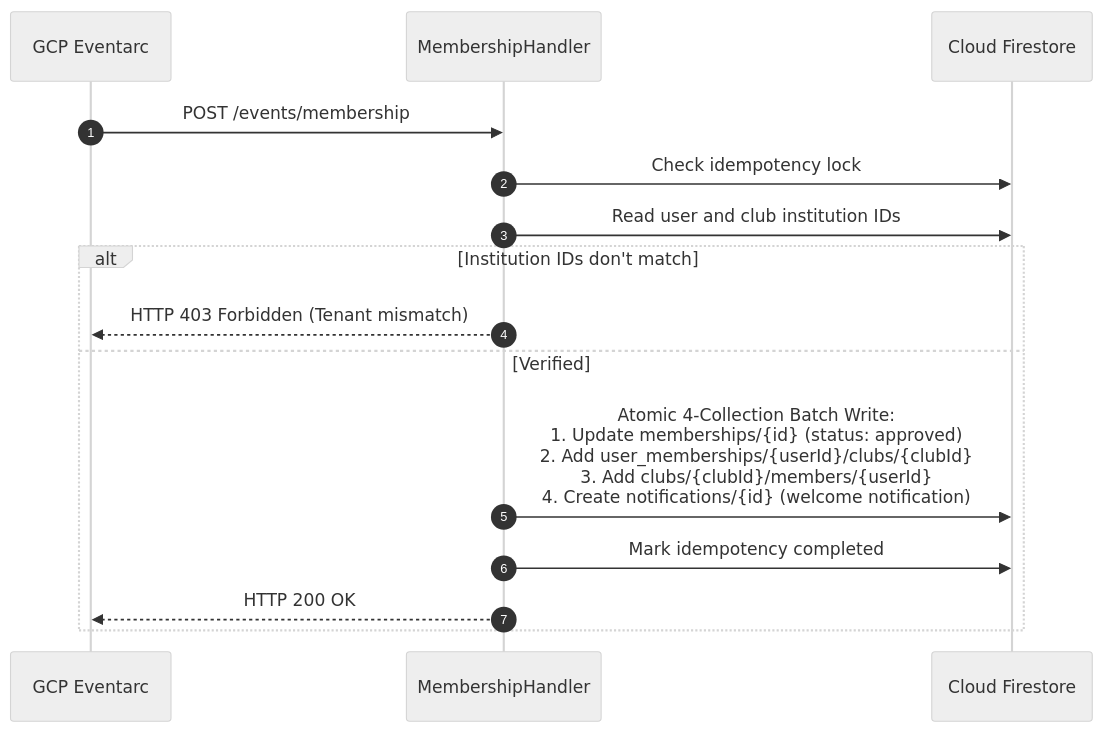
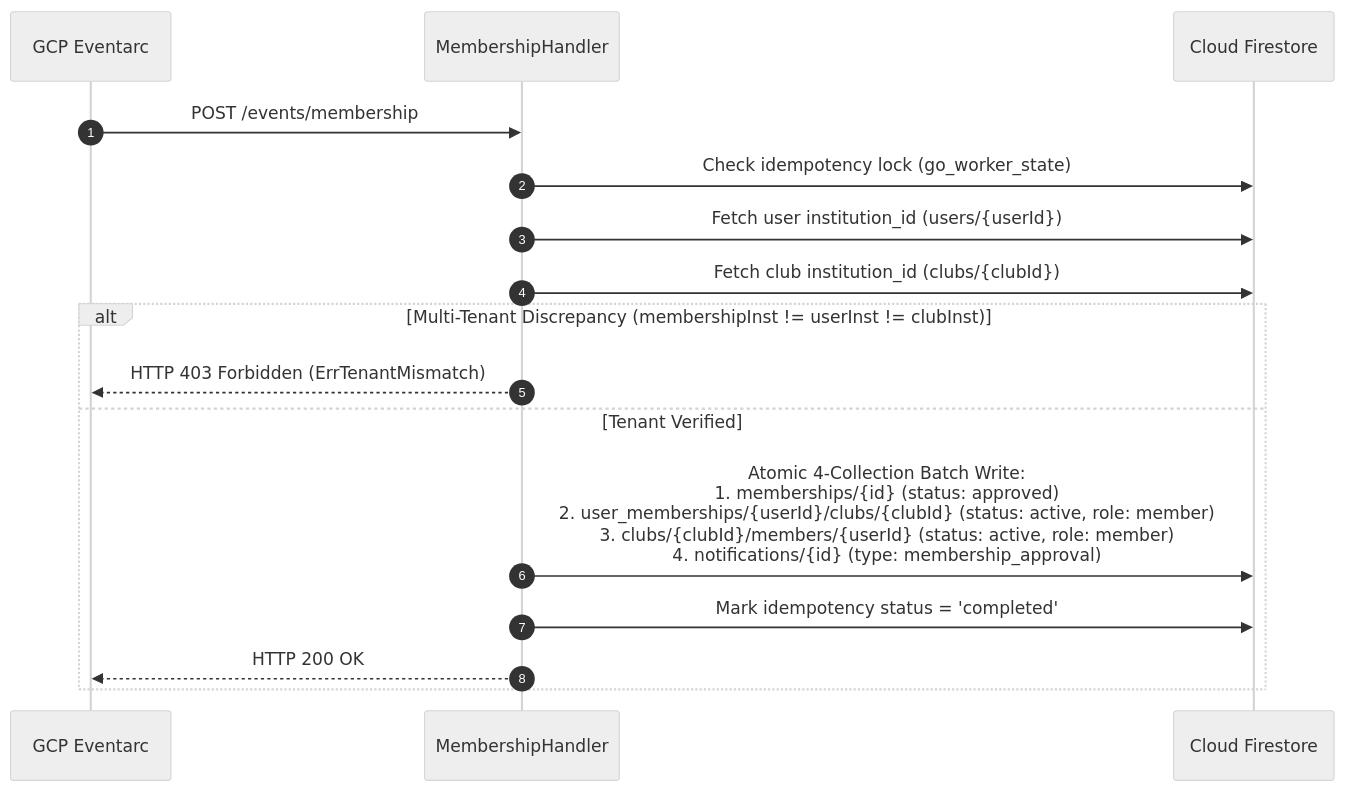
The third of 4 diagrams in BACKEND_DESIGN.md (vkshdev/klubconnect), drawn with Mermaid (neutral theme) before and after one commit. The commit also changed other lines of this file and 1 other file, not shown here.

Commit message:
Update architecture and backend design documentation to reflect multi-tenant features and account status validation

````diff
--- a/BACKEND_DESIGN.md
+++ b/BACKEND_DESIGN.md
@@ -111,19 +116,20 @@
 ```mermaid
 sequenceDiagram
     autonumber
     participant Eventarc as GCP Eventarc
     participant Handler as MembershipHandler
     participant DB as Cloud Firestore
     
     Eventarc->>Handler: POST /events/membership
-    Handler->>DB: Check idempotency lock
-    Handler->>DB: Read user and club institution IDs
+    Handler->>DB: Check idempotency lock (go_worker_state)
+    Handler->>DB: Fetch user institution_id (users/{userId})
+    Handler->>DB: Fetch club institution_id (clubs/{clubId})
     
-    alt Institution IDs don't match
-        Handler-->>Eventarc: HTTP 403 Forbidden (Tenant mismatch)
-    else Verified
-        Handler->>DB: Atomic 4-Collection Batch Write:<br/>1. Update memberships/{id} (status: approved)<br/>2. Add user_memberships/{userId}/clubs/{clubId}<br/>3. Add clubs/{clubId}/members/{userId}<br/>4. Create notifications/{id} (welcome notification)
-        Handler->>DB: Mark idempotency completed
+    alt Multi-Tenant Discrepancy (membershipInst != userInst != clubInst)
+        Handler-->>Eventarc: HTTP 403 Forbidden (ErrTenantMismatch)
+    else Tenant Verified
+        Handler->>DB: Atomic 4-Collection Batch Write:<br/>1. memberships/{id} (status: approved)<br/>2. user_memberships/{userId}/clubs/{clubId} (status: active, role: member)<br/>3. clubs/{clubId}/members/{userId} (status: active, role: member)<br/>4. notifications/{id} (type: membership_approval)
+        Handler->>DB: Mark idempotency status = 'completed'
         Handler-->>Eventarc: HTTP 200 OK
     end
 ```
````
